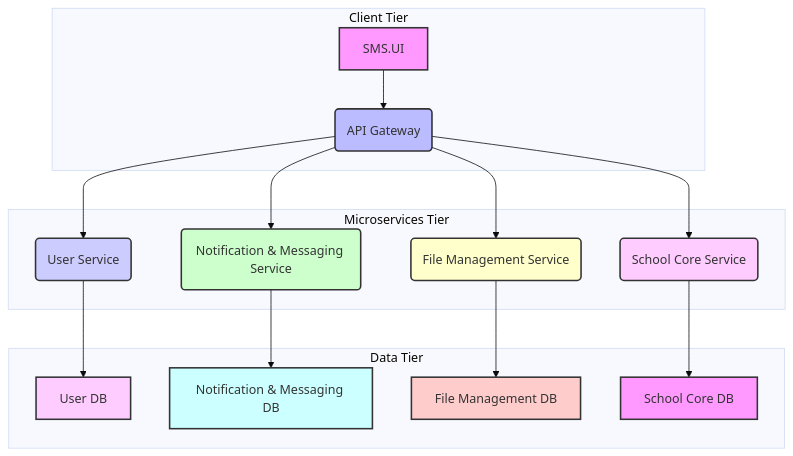
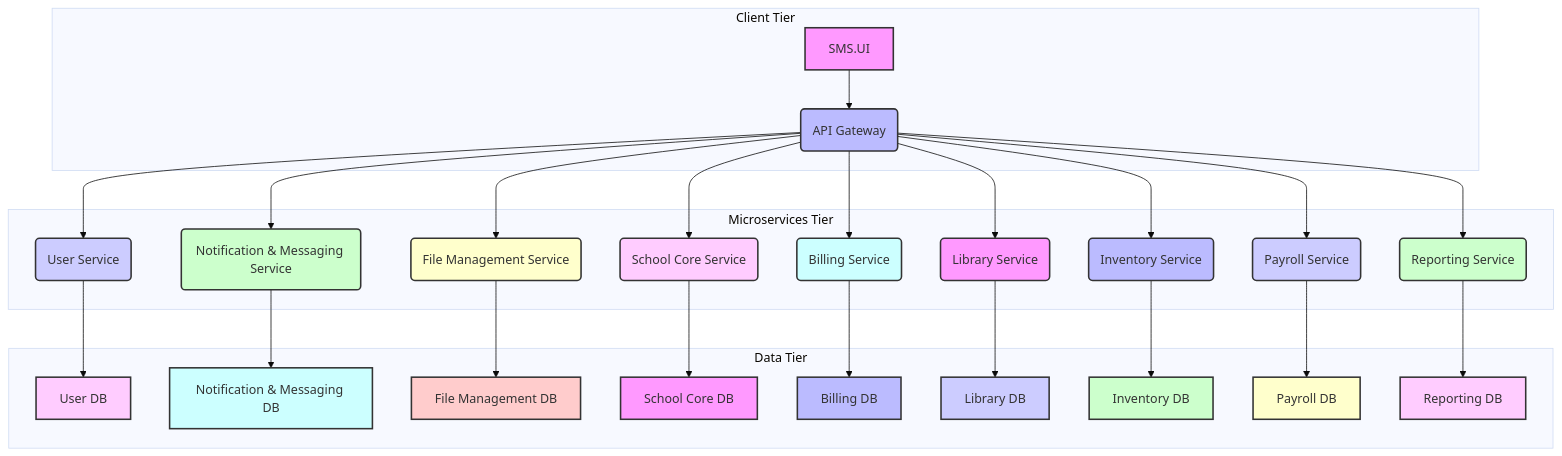
The second of 2 diagrams in docs/System_Design_Document.md (0Ankit0/School_Management_System), drawn with Mermaid (base theme) before and after one commit. The commit also changed other lines of this file and 9 other files, not shown here.

````diff
--- a/docs/System_Design_Document.md
+++ b/docs/System_Design_Document.md
@@ -337,31 +454,51 @@
 ```mermaid
 graph TD
     subgraph Client Tier
         A[SMS.UI] --> B(API Gateway)
     end
 
     subgraph Microservices Tier
         B --> C(User Service)
         B --> D(Notification & Messaging Service)
         B --> E(File Management Service)
         B --> F(School Core Service)
+        B --> G(Billing Service)
+        B --> H(Library Service)
+        B --> I(Inventory Service)
+        B --> J(Payroll Service)
+        B --> K(Reporting Service)
     end
 
     subgraph Data Tier
         C --> C_DB[User DB]
         D --> D_DB[Notification & Messaging DB]
         E --> E_DB[File Management DB]
         F --> F_DB[School Core DB]
+        G --> G_DB[Billing DB]
+        H --> H_DB[Library DB]
+        I --> I_DB[Inventory DB]
+        J --> J_DB[Payroll DB]
+        K --> K_DB[Reporting DB]
     end
 
     style A fill:#f9f,stroke:#333,stroke-width:2px
     style B fill:#bbf,stroke:#333,stroke-width:2px
     style C fill:#ccf,stroke:#333,stroke-width:2px
     style D fill:#cfc,stroke:#333,stroke-width:2px
     style E fill:#ffc,stroke:#333,stroke-width:2px
     style F fill:#fcf,stroke:#333,stroke-width:2px
+    style G fill:#cff,stroke:#333,stroke-width:2px
+    style H fill:#f9f,stroke:#333,stroke-width:2px
+    style I fill:#bbf,stroke:#333,stroke-width:2px
+    style J fill:#ccf,stroke:#333,stroke-width:2px
+    style K fill:#cfc,stroke:#333,stroke-width:2px
     style C_DB fill:#fcf,stroke:#333,stroke-width:2px
     style D_DB fill:#cff,stroke:#333,stroke-width:2px
     style E_DB fill:#fcc,stroke:#333,stroke-width:2px
     style F_DB fill:#f9f,stroke:#333,stroke-width:2px
+    style G_DB fill:#bbf,stroke:#333,stroke-width:2px
+    style H_DB fill:#ccf,stroke:#333,stroke-width:2px
+    style I_DB fill:#cfc,stroke:#333,stroke-width:2px
+    style J_DB fill:#ffc,stroke:#333,stroke-width:2px
+    style K_DB fill:#fcf,stroke:#333,stroke-width:2px
 ```
````
